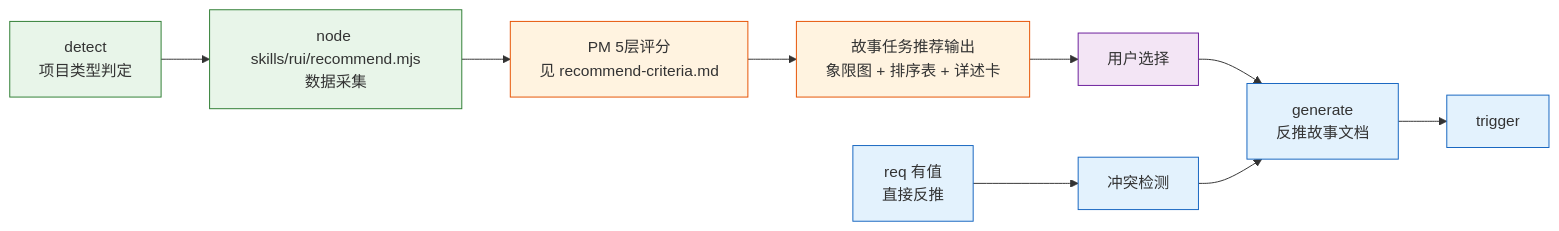
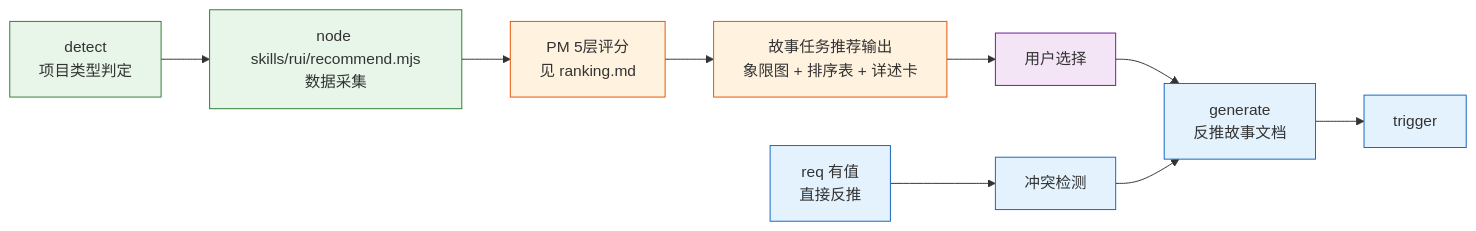
The tenth of 11 diagrams in skills/rui/SKILL.md (effiy/YrY), drawn with Mermaid before and after one commit. The commit also changed other lines of this file and 6 other files, not shown here.

````diff
--- a/skills/rui/SKILL.md
+++ b/skills/rui/SKILL.md
@@ -289,15 +289,15 @@
 ```mermaid
 flowchart LR
     E0["detect<br/>项目类型判定"]:::tool --> E1["node skills/rui/recommend.mjs<br/>数据采集"]:::tool
-    E1 --> E2["PM 5层评分<br/>见 recommend-criteria.md"]:::llm
+    E1 --> E2["PM 5层评分<br/>见 ranking.md"]:::llm
     E2 --> E3["故事任务推荐输出<br/>象限图 + 排序表 + 详述卡"]:::llm
     E3 --> E4["用户选择"]:::user
     E4 --> G["generate<br/>反推故事文档"]:::s
     R["req 有值<br/>直接反推"]:::s --> C["冲突检测"]:::s --> G
     G --> T["trigger"]:::s
 
     classDef tool fill:#e8f5e9,stroke:#2e7d32;
     classDef llm fill:#fff3e0,stroke:#e65100;
     classDef user fill:#f3e5f5,stroke:#6a1b9a;
     classDef s fill:#e3f2fd,stroke:#1565c0;
 ```
````
